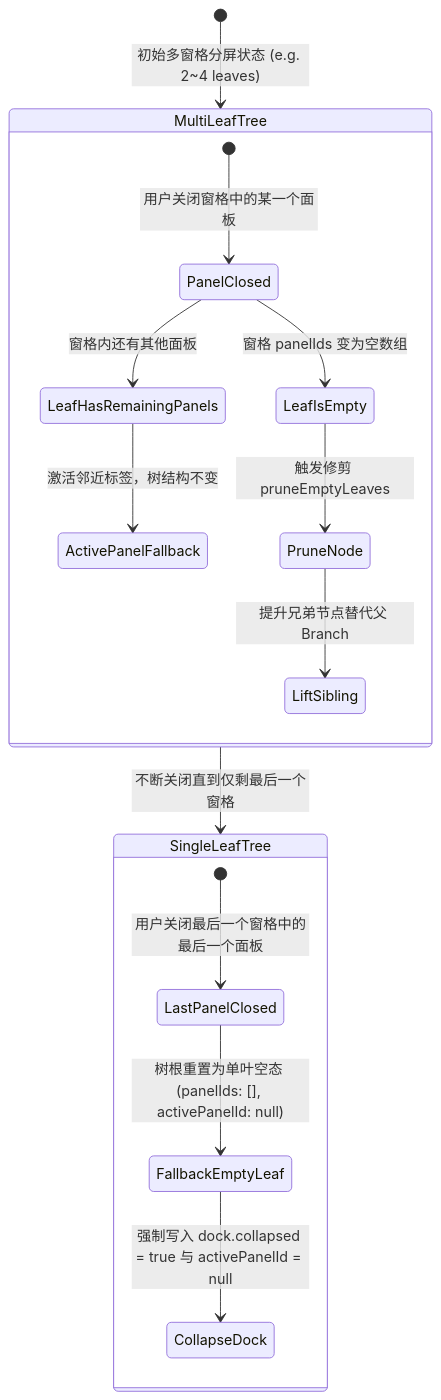
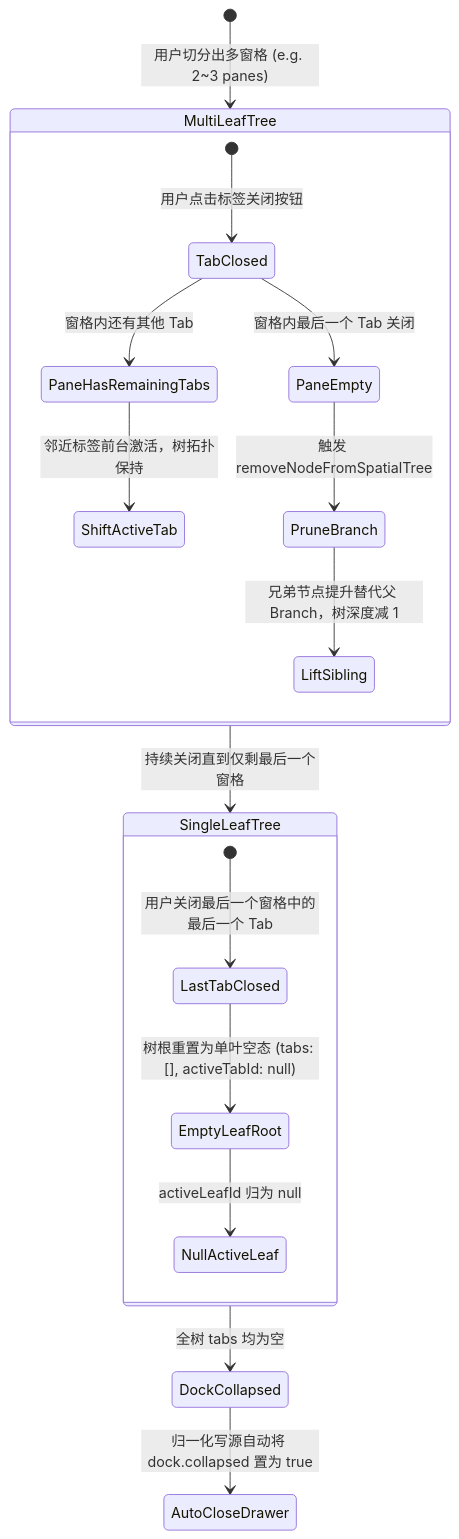
The second of 2 diagrams in docs/dock-split-system/analysis/01-分屏引擎模型与数据契约下沉.md (atobelix/crish), drawn with Mermaid before and after one commit. The commit also changed other lines of this file and 98 other files, not shown here.

First line of the commit message:
feat(dock): land split dock topology, multi-pane runtime and standalone terminal [BATCH-DOCK-SPLIT]

````diff
--- a/docs/dock-split-system/analysis/01-分屏引擎模型与数据契约下沉.md
+++ b/docs/dock-split-system/analysis/01-分屏引擎模型与数据契约下沉.md
@@ -333,22 +672,25 @@
 ```mermaid
 stateDiagram-v2
-    [*] --> MultiLeafTree : 初始多窗格分屏状态 (e.g. 2~4 leaves)
+    [*] --> MultiLeafTree : 用户切分出多窗格 (e.g. 2~3 panes)
     
     state MultiLeafTree {
-        [*] --> PanelClosed : 用户关闭窗格中的某一个面板
-        PanelClosed --> LeafHasRemainingPanels : 窗格内还有其他面板
-        LeafHasRemainingPanels --> ActivePanelFallback : 激活邻近标签，树结构不变
+        [*] --> TabClosed : 用户点击标签关闭按钮
+        TabClosed --> PaneHasRemainingTabs : 窗格内还有其他 Tab
+        PaneHasRemainingTabs --> ShiftActiveTab : 邻近标签前台激活，树拓扑保持
         
-        PanelClosed --> LeafIsEmpty : 窗格 panelIds 变为空数组
-        LeafIsEmpty --> PruneNode : 触发修剪 pruneEmptyLeaves
-        PruneNode --> LiftSibling : 提升兄弟节点替代父 Branch
+        TabClosed --> PaneEmpty : 窗格内最后一个 Tab 关闭
+        PaneEmpty --> PruneBranch : 触发 removeNodeFromSpatialTree
+        PruneBranch --> LiftSibling : 兄弟节点提升替代父 Branch，树深度减 1
     }
 
-    MultiLeafTree --> SingleLeafTree : 不断关闭直到仅剩最后一个窗格
+    MultiLeafTree --> SingleLeafTree : 持续关闭直到仅剩最后一个窗格
     
     state SingleLeafTree {
-        [*] --> LastPanelClosed : 用户关闭最后一个窗格中的最后一个面板
-        LastPanelClosed --> FallbackEmptyLeaf : 树根重置为单叶空态 (panelIds: [], activePanelId: null)
-        FallbackEmptyLeaf --> CollapseDock : 强制写入 dock.collapsed = true 与 activePanelId = null
+        [*] --> LastTabClosed : 用户关闭最后一个窗格中的最后一个 Tab
+        LastTabClosed --> EmptyLeafRoot : 树根重置为单叶空态 (tabs: [], activeTabId: null)
+        EmptyLeafRoot --> NullActiveLeaf : activeLeafId 归为 null
     }
+
+    SingleLeafTree --> DockCollapsed : 全树 tabs 均为空
+    DockCollapsed --> AutoCloseDrawer : 归一化写源自动将 dock.collapsed 置为 true
 ```
````
